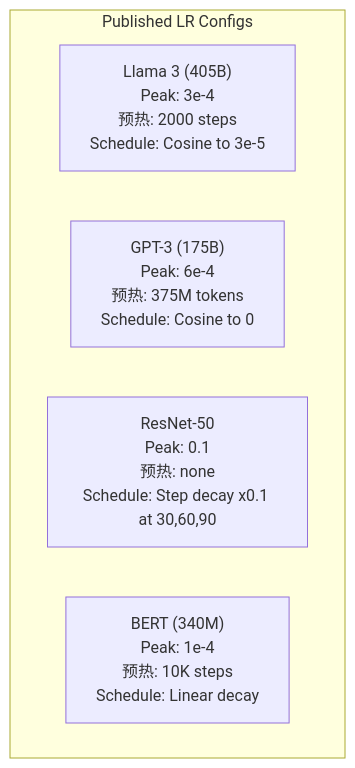
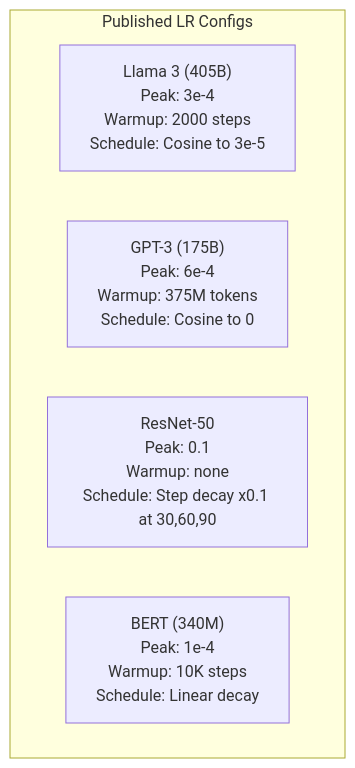
The third of 3 diagrams in phases/03-deep-learning-core/09-learning-rate-schedules/docs/zh.md (arwei944/ai-engineering-from-scratch), drawn with Mermaid before and after one commit. The commit also changed other lines of this file and 65 other files, not shown here.

````diff
--- a/phases/03-deep-learning-core/09-learning-rate-schedules/docs/zh.md
+++ b/phases/03-deep-learning-core/09-learning-rate-schedules/docs/zh.md
@@ -145,9 +145,9 @@
 ```mermaid
 graph TD
     subgraph "Published LR Configs"
-        L3["Llama 3 (405B)<br/>Peak: 3e-4<br/>预热: 2000 steps<br/>Schedule: Cosine to 3e-5"]
-        G3["GPT-3 (175B)<br/>Peak: 6e-4<br/>预热: 375M tokens<br/>Schedule: Cosine to 0"]
-        R50["ResNet-50<br/>Peak: 0.1<br/>预热: none<br/>Schedule: Step decay x0.1 at 30,60,90"]
-        B["BERT (340M)<br/>Peak: 1e-4<br/>预热: 10K steps<br/>Schedule: Linear decay"]
+        L3["Llama 3 (405B)<br/>Peak: 3e-4<br/>Warmup: 2000 steps<br/>Schedule: Cosine to 3e-5"]
+        G3["GPT-3 (175B)<br/>Peak: 6e-4<br/>Warmup: 375M tokens<br/>Schedule: Cosine to 0"]
+        R50["ResNet-50<br/>Peak: 0.1<br/>Warmup: none<br/>Schedule: Step decay x0.1 at 30,60,90"]
+        B["BERT (340M)<br/>Peak: 1e-4<br/>Warmup: 10K steps<br/>Schedule: Linear decay"]
     end
 ```
````
